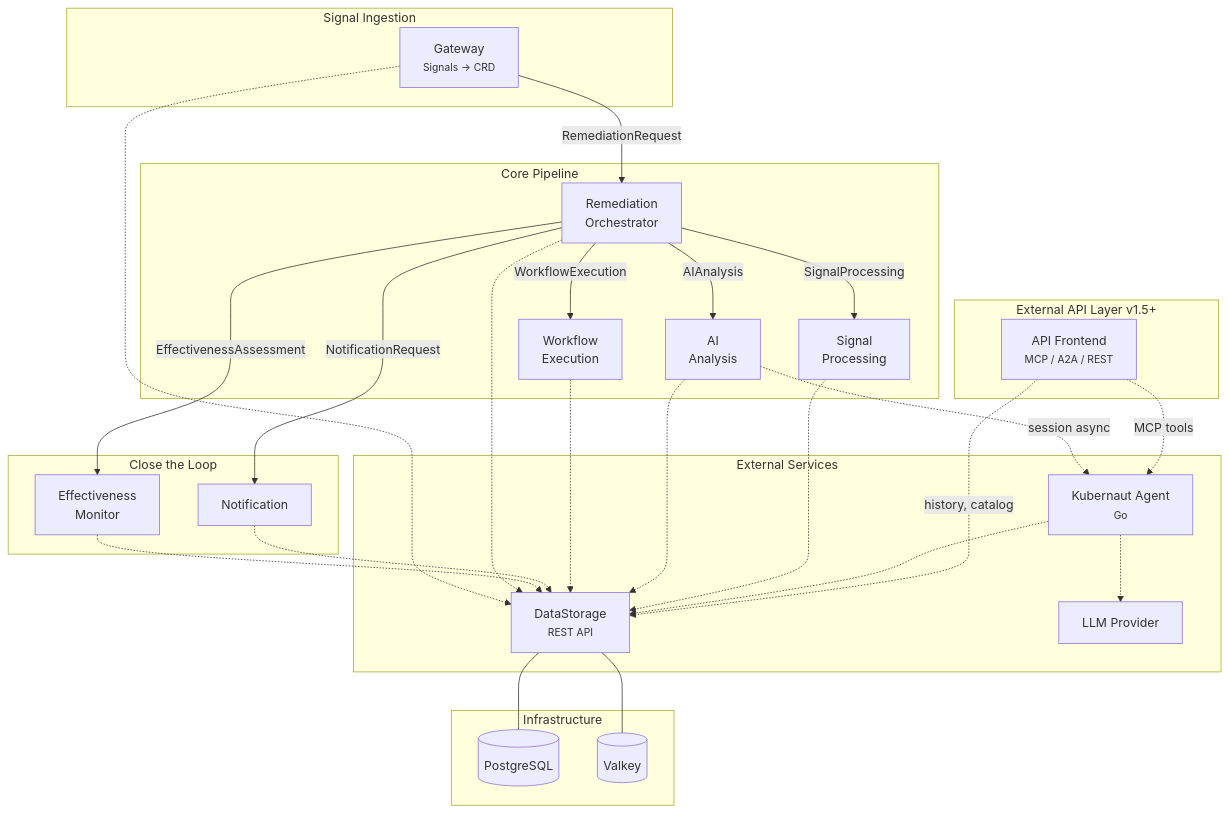
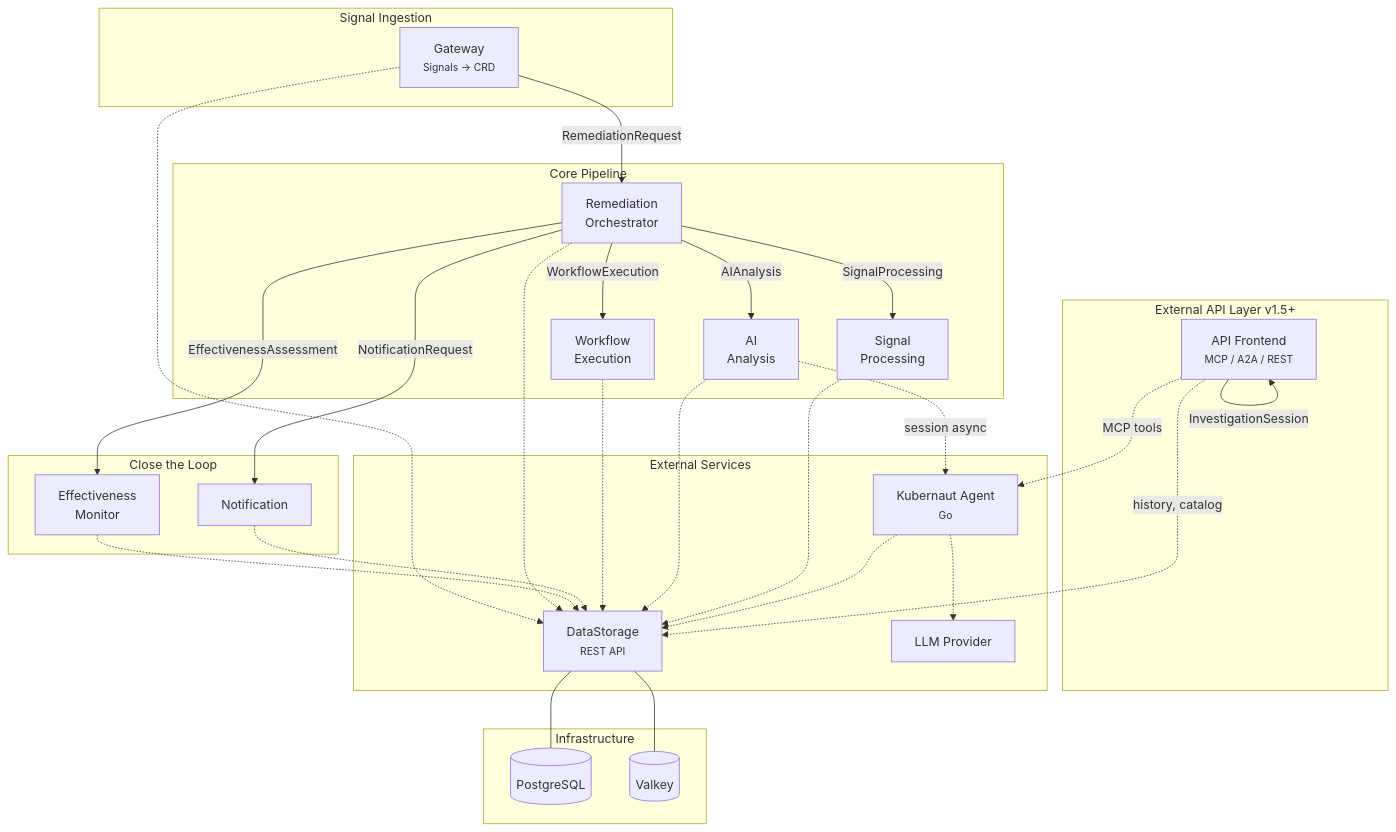
The diagram in docs/architecture/overview.md (jordigilh/kubernaut-docs), drawn with Mermaid before and after one commit. The commit also changed other lines of this file and 10 other files, not shown here.

````diff
--- a/docs/architecture/overview.md
+++ b/docs/architecture/overview.md
@@ -74,58 +76,59 @@
 ```mermaid
 graph TB
     subgraph Ingress["Signal Ingestion"]
         GW[Gateway<br/><small>Signals → CRD</small>]
     end
 
     subgraph External_API["External API Layer v1.5+"]
         AF[API Frontend<br/><small>MCP / A2A / REST</small>]
     end
 
     subgraph Core["Core Pipeline"]
         RO[Remediation<br/>Orchestrator]
         SP[Signal<br/>Processing]
         AA[AI<br/>Analysis]
         WE[Workflow<br/>Execution]
     end
 
     subgraph Closing["Close the Loop"]
         NF[Notification]
         EM[Effectiveness<br/>Monitor]
     end
 
     subgraph External["External Services"]
         KA[Kubernaut Agent<br/><small>Go</small>]
         DS[DataStorage<br/><small>REST API</small>]
         LLM[LLM Provider]
     end
 
     subgraph Infra["Infrastructure"]
         PG[(PostgreSQL)]
         RD[(Valkey)]
     end
 
     AF -.->|MCP tools| KA
     AF -.->|history, catalog| DS
+    AF -->|InvestigationSession| AF
 
     GW -->|RemediationRequest| RO
     RO -->|SignalProcessing| SP
     RO -->|AIAnalysis| AA
     RO -->|WorkflowExecution| WE
     RO -->|NotificationRequest| NF
     RO -->|EffectivenessAssessment| EM
 
     AA -.->|session async| KA
     KA -.-> LLM
     KA -.-> DS
 
     SP -.-> DS
     AA -.-> DS
     WE -.-> DS
     NF -.-> DS
     EM -.-> DS
     RO -.-> DS
     GW -.-> DS
 
     DS --- PG
     DS --- RD
 ```
````
